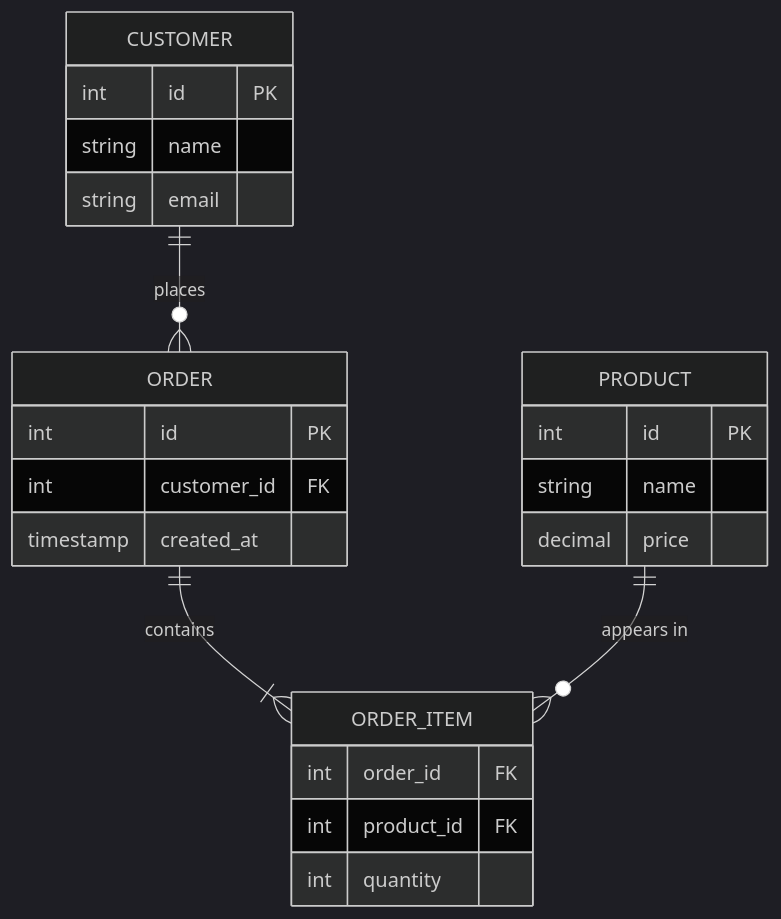
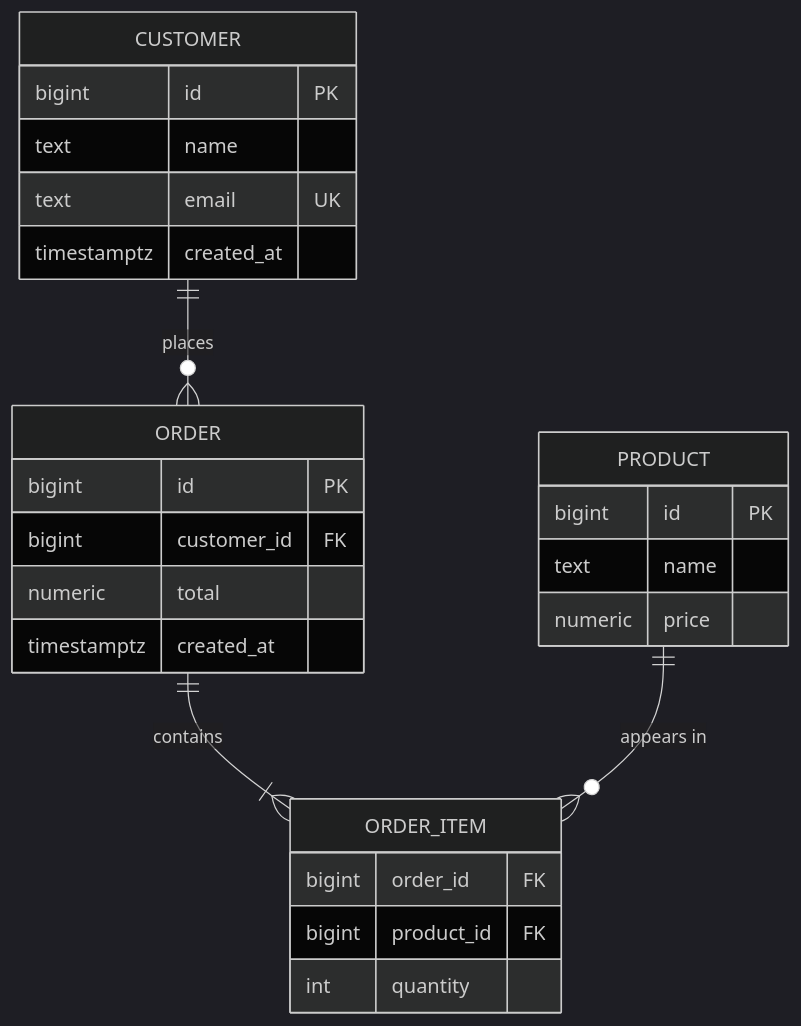
The first of 3 diagrams in github-pages/docs/technology/database-crash-course.md (AndrewAltimit/Documentation), drawn with Mermaid (dark theme) before and after one commit. The commit also changed other lines of this file and 240 other files, not shown here.

````diff
--- a/github-pages/docs/technology/database-crash-course.md
+++ b/github-pages/docs/technology/database-crash-course.md
@@ -42,26 +51,28 @@
 ```mermaid
 erDiagram
     CUSTOMER ||--o{ ORDER : places
     ORDER ||--|{ ORDER_ITEM : contains
     PRODUCT ||--o{ ORDER_ITEM : "appears in"
     CUSTOMER {
-        int id PK
-        string name
-        string email
+        bigint id PK
+        text name
+        text email UK
+        timestamptz created_at
     }
     ORDER {
-        int id PK
-        int customer_id FK
-        timestamp created_at
+        bigint id PK
+        bigint customer_id FK
+        numeric total
+        timestamptz created_at
     }
     PRODUCT {
-        int id PK
-        string name
-        decimal price
+        bigint id PK
+        text name
+        numeric price
     }
     ORDER_ITEM {
-        int order_id FK
-        int product_id FK
+        bigint order_id FK
+        bigint product_id FK
         int quantity
     }
 ```
````
